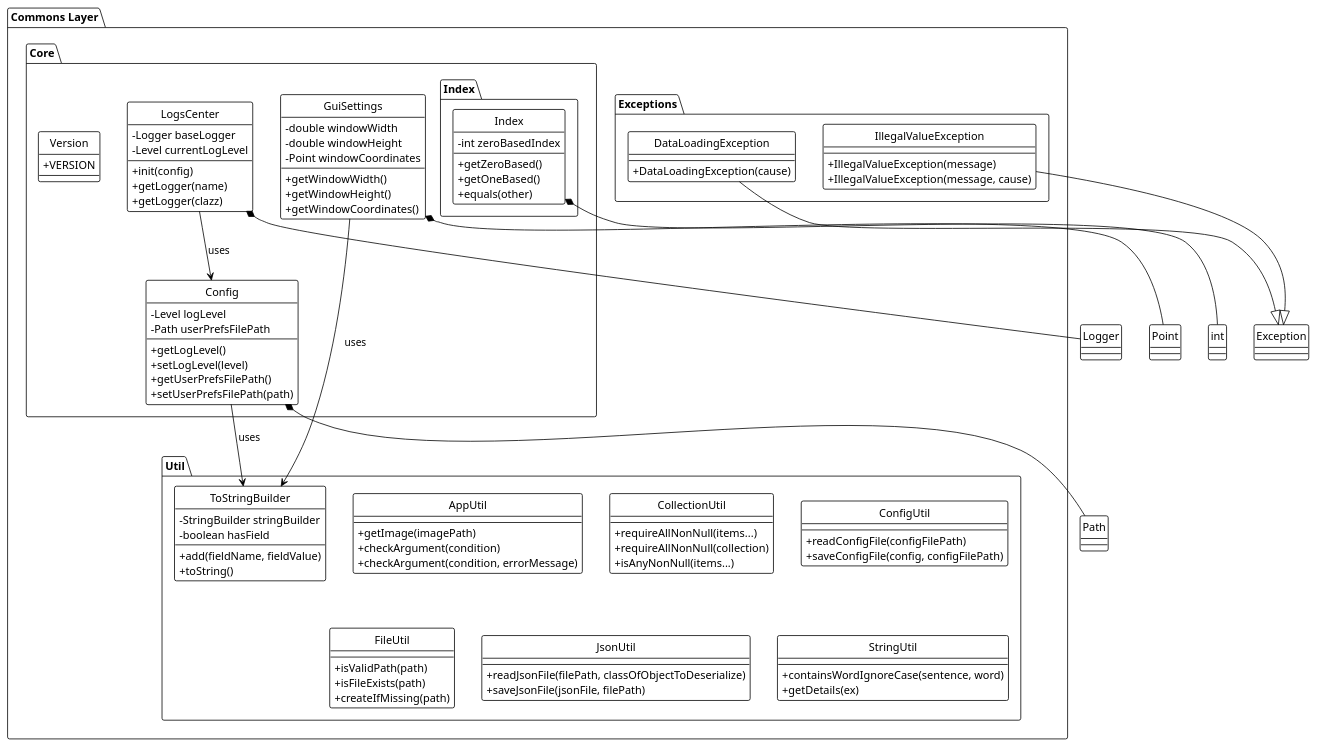
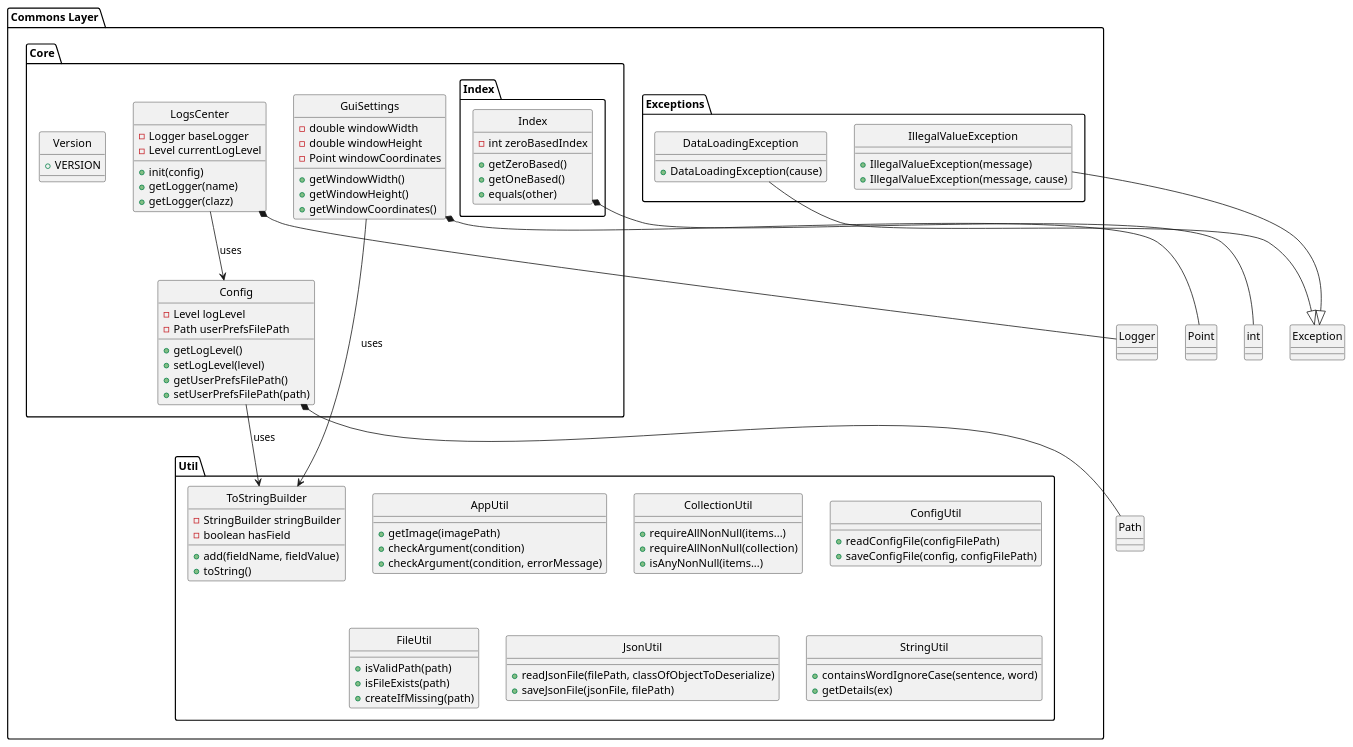
The diagram in docs/UML/Commons.puml (ziheng119/tp), drawn with PlantUML before and after one commit.

Commit message:
Remove redundant

```diff
--- a/docs/UML/Commons.puml
+++ b/docs/UML/Commons.puml
@@ -1,125 +1,114 @@
-!theme plain
+@startuml
 hide circle
-skinparam classAttribute {
-    iconVisibility false
-}
-skinparam class {
-    AttributeIconSize 0
-}
-
-skinparam classAttribute {
-    iconPublic +
-    iconPrivate -
-    iconProtected #
-    iconPackage ~
-}
 
 package "Commons Layer" as Commons {
     package "Core" as Core {
         class Config {
             -Level logLevel
             -Path userPrefsFilePath
             +getLogLevel()
             +setLogLevel(level)
             +getUserPrefsFilePath()
             +setUserPrefsFilePath(path)
         }
 
         class GuiSettings {
             -double windowWidth
             -double windowHeight
             -Point windowCoordinates
             +getWindowWidth()
             +getWindowHeight()
             +getWindowCoordinates()
         }
 
         class LogsCenter {
             -Logger baseLogger
             -Level currentLogLevel
             +init(config)
             +getLogger(name)
             +getLogger(clazz)
         }
 
         class Version {
             +VERSION
         }
 
         package "Index" as IndexPackage {
             class Index {
                 -int zeroBasedIndex
                 +getZeroBased()
                 +getOneBased()
                 +equals(other)
             }
         }
     }
 
     package "Util" as Util {
         class AppUtil {
             +getImage(imagePath)
             +checkArgument(condition)
             +checkArgument(condition, errorMessage)
         }
 
         class CollectionUtil {
             +requireAllNonNull(items...)
             +requireAllNonNull(collection)
             +isAnyNonNull(items...)
         }
 
         class ConfigUtil {
             +readConfigFile(configFilePath)
             +saveConfigFile(config, configFilePath)
         }
 
         class FileUtil {
             +isValidPath(path)
             +isFileExists(path)
             +createIfMissing(path)
         }
 
         class JsonUtil {
             +readJsonFile(filePath, classOfObjectToDeserialize)
             +saveJsonFile(jsonFile, filePath)
         }
 
         class StringUtil {
             +containsWordIgnoreCase(sentence, word)
             +getDetails(ex)
         }
 
         class ToStringBuilder {
             -StringBuilder stringBuilder
             -boolean hasField
             +add(fieldName, fieldValue)
             +toString()
         }
     }
 
     package "Exceptions" as Exceptions {
         class DataLoadingException {
             +DataLoadingException(cause)
         }
 
         class IllegalValueException {
             +IllegalValueException(message)
             +IllegalValueException(message, cause)
         }
     }
 }
 
 ' Relationships
 LogsCenter --> Config : uses
 Config --> ToStringBuilder : uses
 GuiSettings --> ToStringBuilder : uses
 
 ' Core relationships
 Config *-- Path
 GuiSettings *-- Point
 LogsCenter *-- Logger
 Index *-- int
 
 DataLoadingException --|> Exception
 IllegalValueException --|> Exception
+
+@enduml
```
